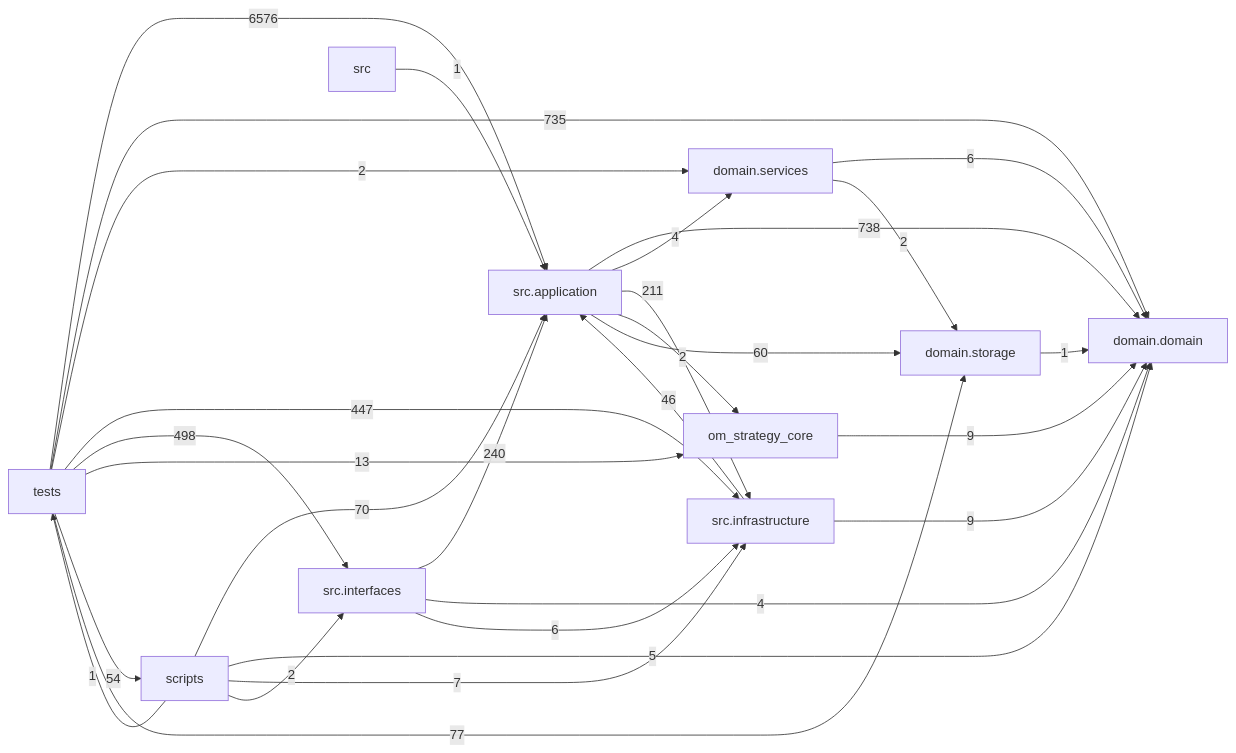
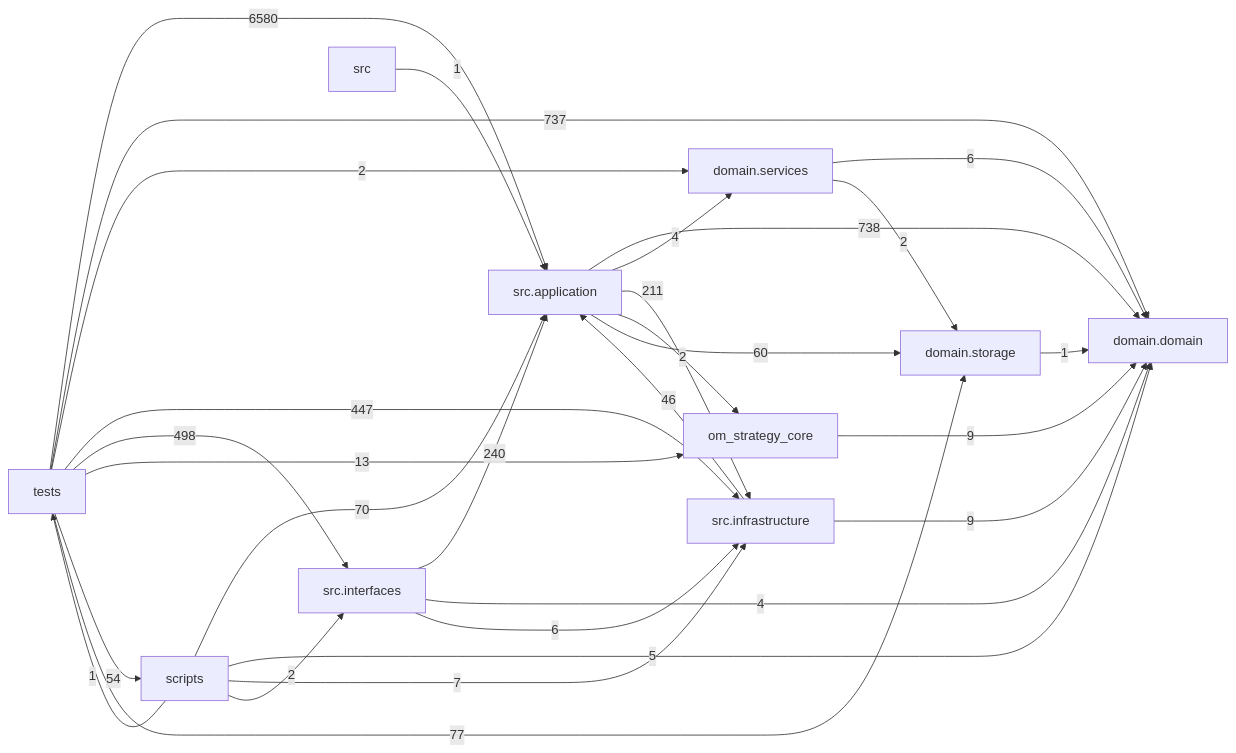
One commit to liuxie066/options-monitor changed the diagram in docs/DEPENDENCY_GRAPH.md. Above: the diagram before and after it, drawn with Mermaid. The commit also changed other lines of this file and 2 other files, not shown here.

````diff
--- a/docs/DEPENDENCY_GRAPH.md
+++ b/docs/DEPENDENCY_GRAPH.md
@@ -24,39 +24,39 @@
 ```mermaid
 flowchart LR
   tests["tests"]
   scripts["scripts"]
   interfaces["src.interfaces"]
   application["src.application"]
   infrastructure["src.infrastructure"]
   domain_services["domain.services"]
   domain["domain.domain"]
   storage["domain.storage"]
   application -->|738| domain
   application -->|4| domain_services
   application -->|211| infrastructure
   application -->|2| om_strategy_core
   application -->|60| storage
   domain_services -->|6| domain
   domain_services -->|2| storage
   infrastructure -->|46| application
   infrastructure -->|9| domain
   interfaces -->|240| application
   interfaces -->|4| domain
   interfaces -->|6| infrastructure
   om_strategy_core -->|9| domain
   scripts -->|70| application
   scripts -->|5| domain
   scripts -->|7| infrastructure
   scripts -->|2| interfaces
   scripts -->|1| tests
   src -->|1| application
   storage -->|1| domain
-  tests -->|6576| application
-  tests -->|735| domain
+  tests -->|6580| application
+  tests -->|737| domain
   tests -->|2| domain_services
   tests -->|447| infrastructure
   tests -->|498| interfaces
   tests -->|13| om_strategy_core
   tests -->|54| scripts
   tests -->|77| storage
 ```
````
